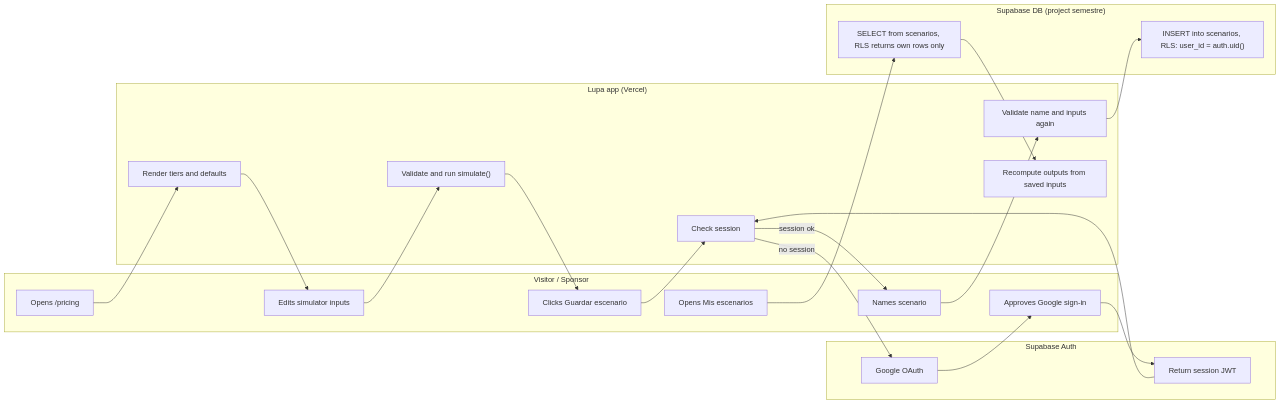
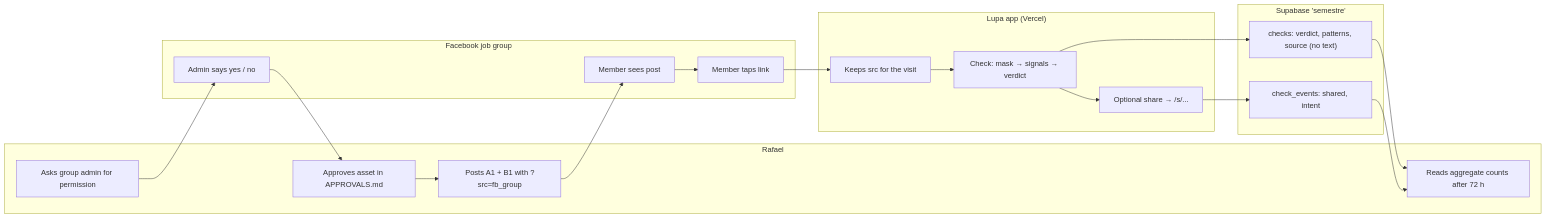
The second of 2 diagrams in docs/PACKET.md (rafapieck/lupa), drawn with Mermaid before and after one commit. The commit also changed other lines of this file and 1 other file, not shown here.

````diff
--- a/docs/PACKET.md
+++ b/docs/PACKET.md
@@ -138,30 +186,27 @@
 ```mermaid
 flowchart LR
-    subgraph V["Visitor / Sponsor"]
-        V1["Opens /pricing"]
-        V2["Edits simulator inputs"]
-        V3["Clicks Guardar escenario"]
-        V4["Approves Google sign-in"]
-        V5["Names scenario"]
-        V6["Opens Mis escenarios"]
+    subgraph R["Rafael"]
+        R1["Asks group admin for permission"]
+        R2["Approves asset in APPROVALS.md"]
+        R3["Posts A1 + B1 with ?src=fb_group"]
+        R4["Reads aggregate counts after 72 h"]
+    end
+    subgraph G["Facebook job group"]
+        G1["Admin says yes / no"]
+        G2["Member sees post"]
+        G3["Member taps link"]
     end
     subgraph APP["Lupa app (Vercel)"]
-        A1["Render tiers and defaults"]
-        A2["Validate and run simulate()"]
-        A3["Check session"]
-        A4["Validate name and inputs again"]
-        A5["Recompute outputs from saved inputs"]
+        A1["Keeps src for the visit"]
+        A2["Check: mask → signals → verdict"]
+        A3["Optional share → /s/..."]
     end
-    subgraph AUTH["Supabase Auth"]
-        U1["Google OAuth"]
-        U2["Return session JWT"]
+    subgraph DB["Supabase 'semestre'"]
+        D1["checks: verdict, patterns, source (no text)"]
+        D2["check_events: shared, intent"]
     end
-    subgraph DB["Supabase DB (project semestre)"]
-        D1["INSERT into scenarios, RLS: user_id = auth.uid()"]
-        D2["SELECT from scenarios, RLS returns own rows only"]
-    end
-    V1 --> A1 --> V2 --> A2 --> V3 --> A3
-    A3 -- "no session" --> U1 --> V4 --> U2 --> A3
-    A3 -- "session ok" --> V5 --> A4 --> D1
-    V6 --> D2 --> A5
+    R1 --> G1 --> R2 --> R3 --> G2 --> G3 --> A1 --> A2 --> D1
+    A2 --> A3 --> D2
+    D1 --> R4
+    D2 --> R4
 ```
````
